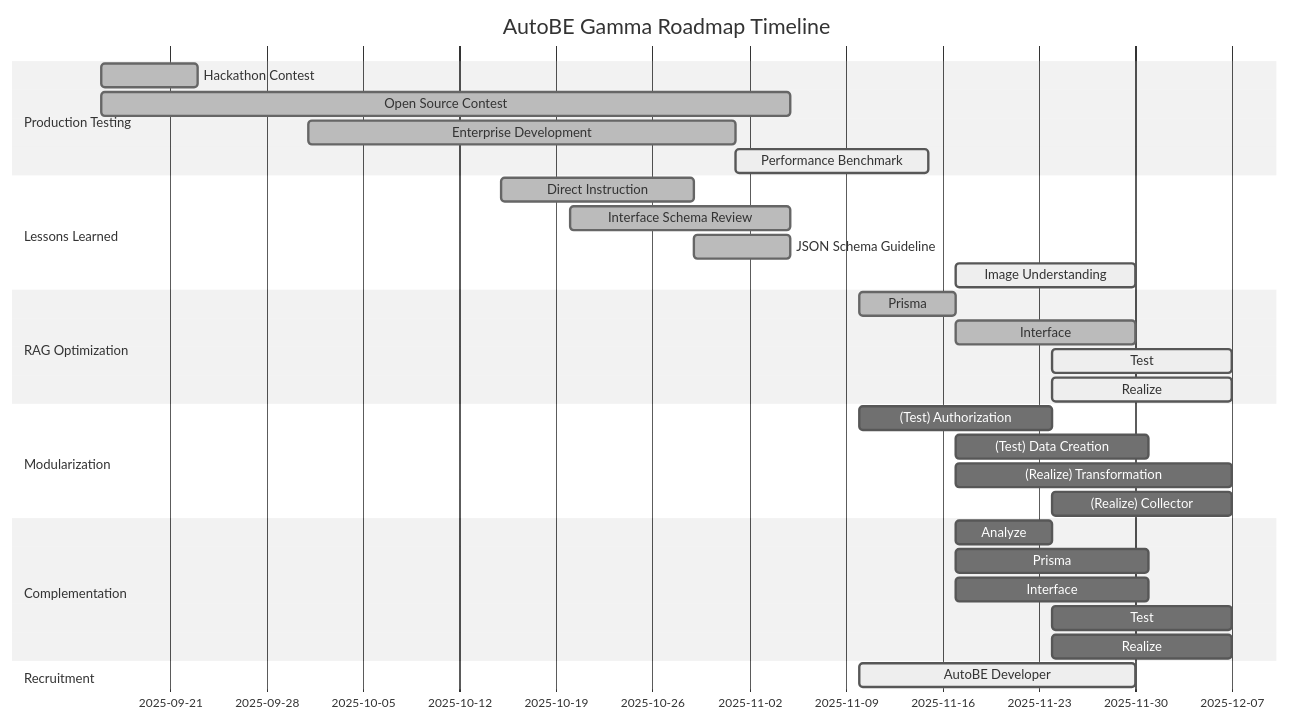
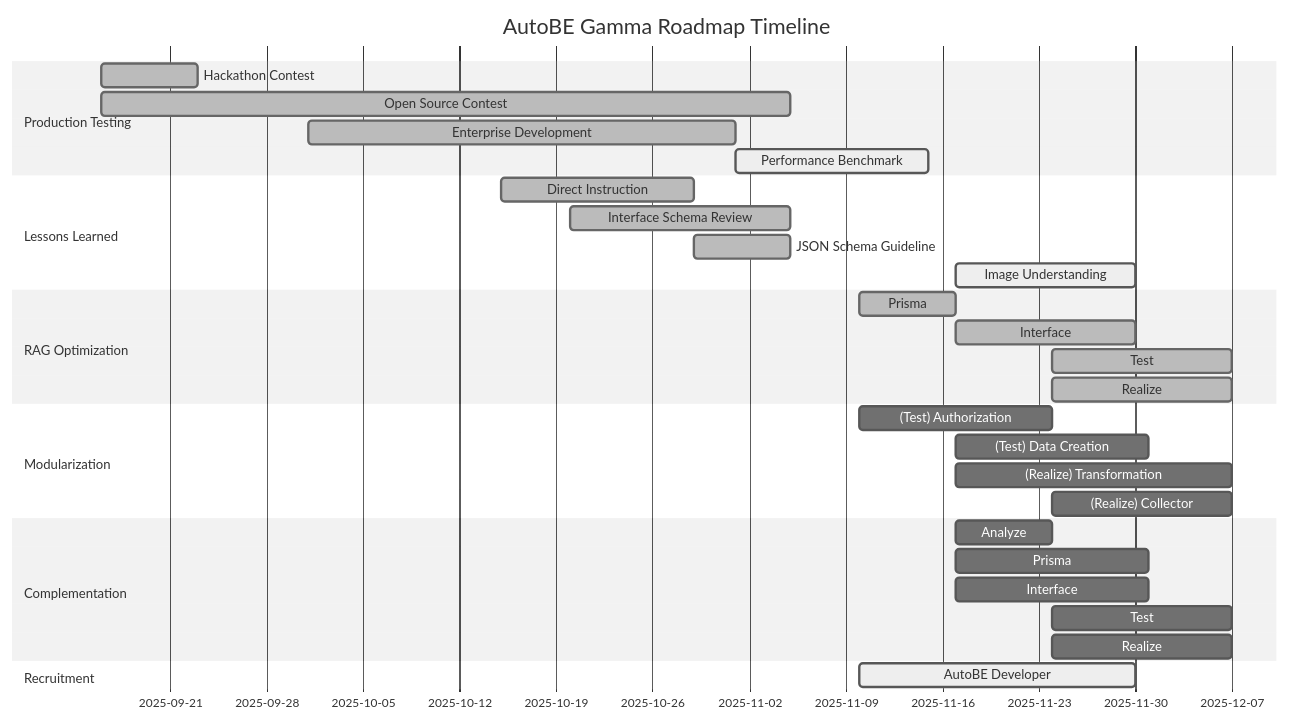
The second of 2 diagrams in README.md (RavenView-ai/autobe), drawn with Mermaid (neutral theme) before and after one commit. The commit also changed 13 other files, not shown here.

````diff
--- a/README.md
+++ b/README.md
@@ -179,39 +179,39 @@
 ```mermaid
 gantt
   dateFormat YYYY-MM-DD
   title AutoBE Gamma Roadmap Timeline
 
   section Production Testing
   Hackathon Contest     : done  , 2025-09-16,  7d
   Open Source Contest   : done  , 2025-09-16, 50d
   Enterprise Development: done  , 2025-10-01, 31d
   Performance Benchmark : active, 2025-11-01, 14d
   
   section Lessons Learned
   Direct Instruction     : done  , 2025-10-15, 14d
   Interface Schema Review: done  , 2025-10-20, 16d
   JSON Schema Guideline  : done  , 2025-10-29,  7d
   Image Understanding    : active, 2025-11-17, 13d
 
   section RAG Optimization
-  Prisma   : done,   2025-11-10,  7d
-  Interface: done,   2025-11-17, 13d
-  Test     : active, 2025-11-24, 13d
-  Realize  : active, 2025-11-24, 13d
+  Prisma   : done, 2025-11-10,  7d
+  Interface: done, 2025-11-17, 13d
+  Test     : done, 2025-11-24, 13d
+  Realize  : done, 2025-11-24, 13d
 
   section Modularization
   (Test) Authorization    : planned, 2025-11-10, 14d
   (Test) Data Creation    : planned, 2025-11-17, 14d
   (Realize) Transformation: planned, 2025-11-17, 20d
   (Realize) Collector     : planned, 2025-11-24, 13d
 
   section Complementation
   Analyze  : planned, 2025-11-17,  7d
   Prisma   : planned, 2025-11-17, 14d
   Interface: planned, 2025-11-17, 14d
   Test     : planned, 2025-11-24, 13d
   Realize  : planned, 2025-11-24, 13d
 
   section Recruitment
   AutoBE Developer: active, 2025-11-10, 20d
 ```
````
